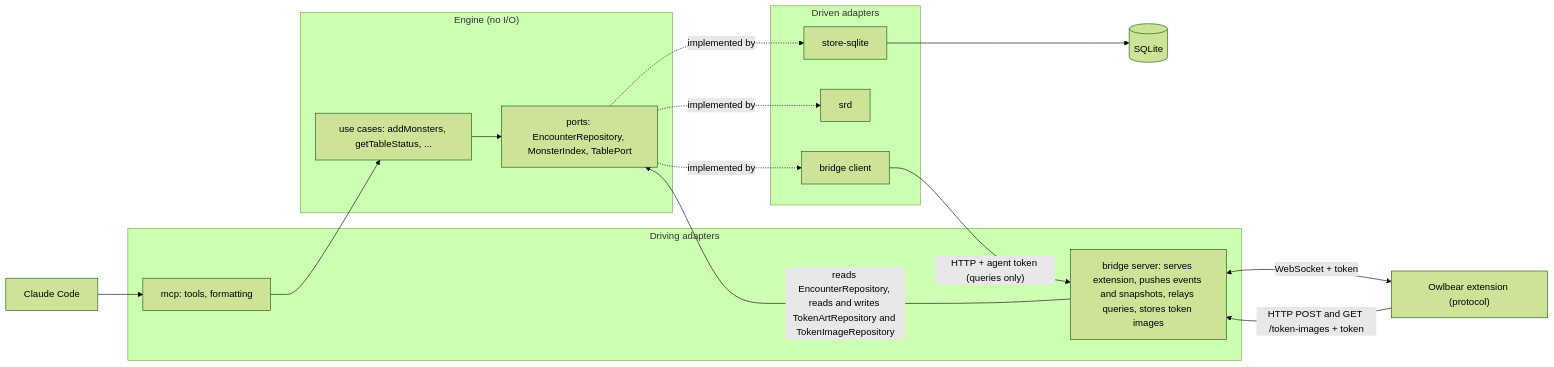
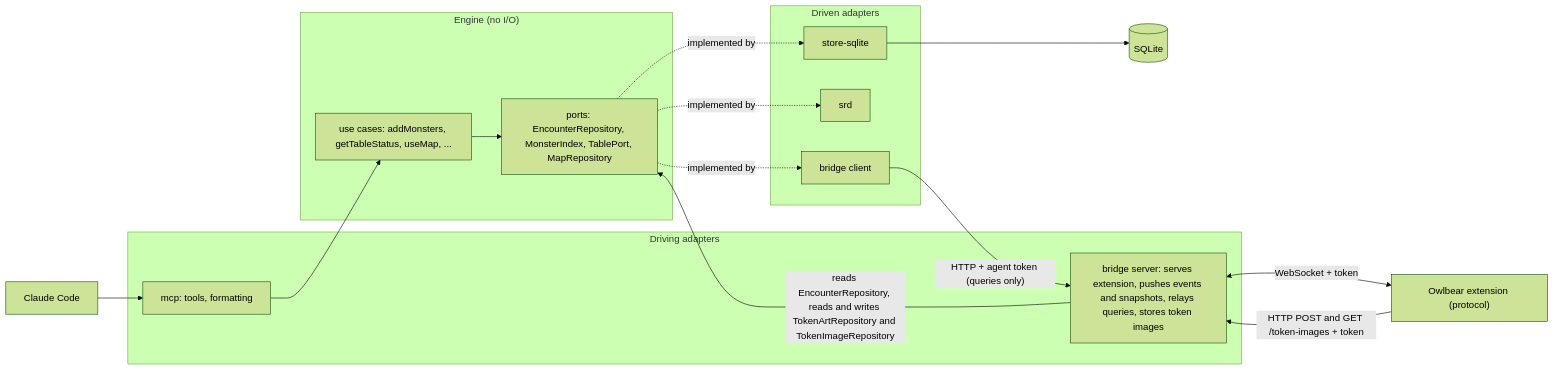
The first of 2 diagrams in docs/architecture.md (askrzypczak/ttrpg-agents), drawn with Mermaid (forest theme) before and after one commit. The commit also changed other lines of this file and 5 other files, not shown here.

First line of the commit message:
docs: use the current map, in the skill, its evals and the architecture (#184)

````diff
--- a/docs/architecture.md
+++ b/docs/architecture.md
@@ -7,27 +7,27 @@
 ```mermaid
 flowchart LR
   claude["Claude Code"] --> mcp
   subgraph driving["Driving adapters"]
     mcp["mcp: tools, formatting"]
     bsrv["bridge server: serves extension, pushes events and snapshots, relays queries, stores token images"]
   end
   subgraph core["Engine (no I/O)"]
-    uc["use cases: addMonsters, getTableStatus, ..."]
-    ports["ports: EncounterRepository, MonsterIndex, TablePort"]
+    uc["use cases: addMonsters, getTableStatus, useMap, ..."]
+    ports["ports: EncounterRepository, MonsterIndex, TablePort, MapRepository"]
   end
   subgraph driven["Driven adapters"]
     store["store-sqlite"]
     srd["srd"]
     bclient["bridge client"]
   end
   mcp --> uc
   bsrv -->|"reads EncounterRepository, reads and writes TokenArtRepository and TokenImageRepository"| ports
   uc --> ports
   ports -.implemented by.-> store
   ports -.implemented by.-> srd
   ports -.implemented by.-> bclient
   store --> db[("SQLite")]
   bclient -->|"HTTP + agent token (queries only)"| bsrv
   bsrv <-->|"WebSocket + token"| ext["Owlbear extension (protocol)"]
   ext -->|"HTTP POST and GET /token-images + token"| bsrv
 ```
````
